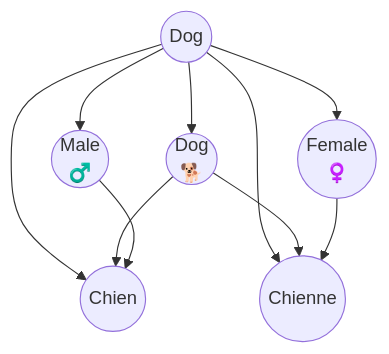
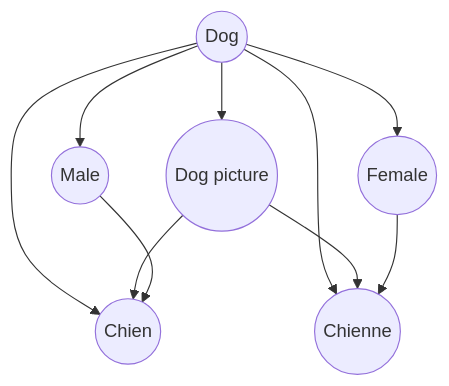
Before and after one commit to WeirdCatAFK/Flashback: the sixth of 8 diagrams in src/mcp/skills/flashback-cards/SKILL.md, drawn with Mermaid. The commit also changed other lines of this file and 3 other files, not shown here.

````diff
--- a/src/mcp/skills/flashback-cards/SKILL.md
+++ b/src/mcp/skills/flashback-cards/SKILL.md
@@ -181,12 +205,12 @@
 ```mermaid
 graph TD
-  Dog((Dog)) --> Picture(("Dog<br/>🐕"))
-  Dog --> Male(("Male<br/>♂️"))
-  Dog --> Female(("Female<br/>♀️"))
+  Dog((Dog)) --> Picture(("Dog picture"))
+  Dog --> Male(("Male"))
+  Dog --> Female(("Female"))
   Dog --> Chien((Chien))
   Dog --> Chienne((Chienne))
   Picture --> Chien
   Picture --> Chienne
   Male --> Chien
   Female --> Chienne
 ```
````
